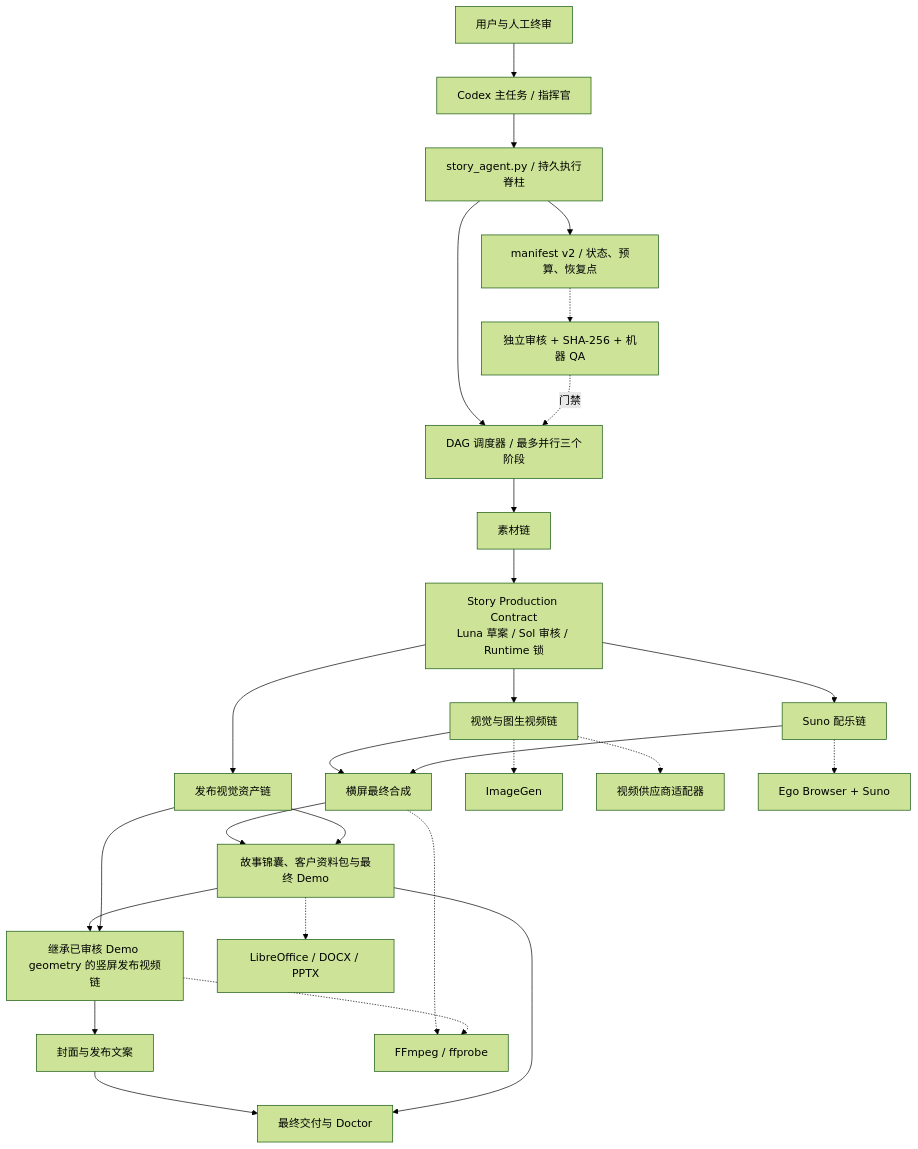
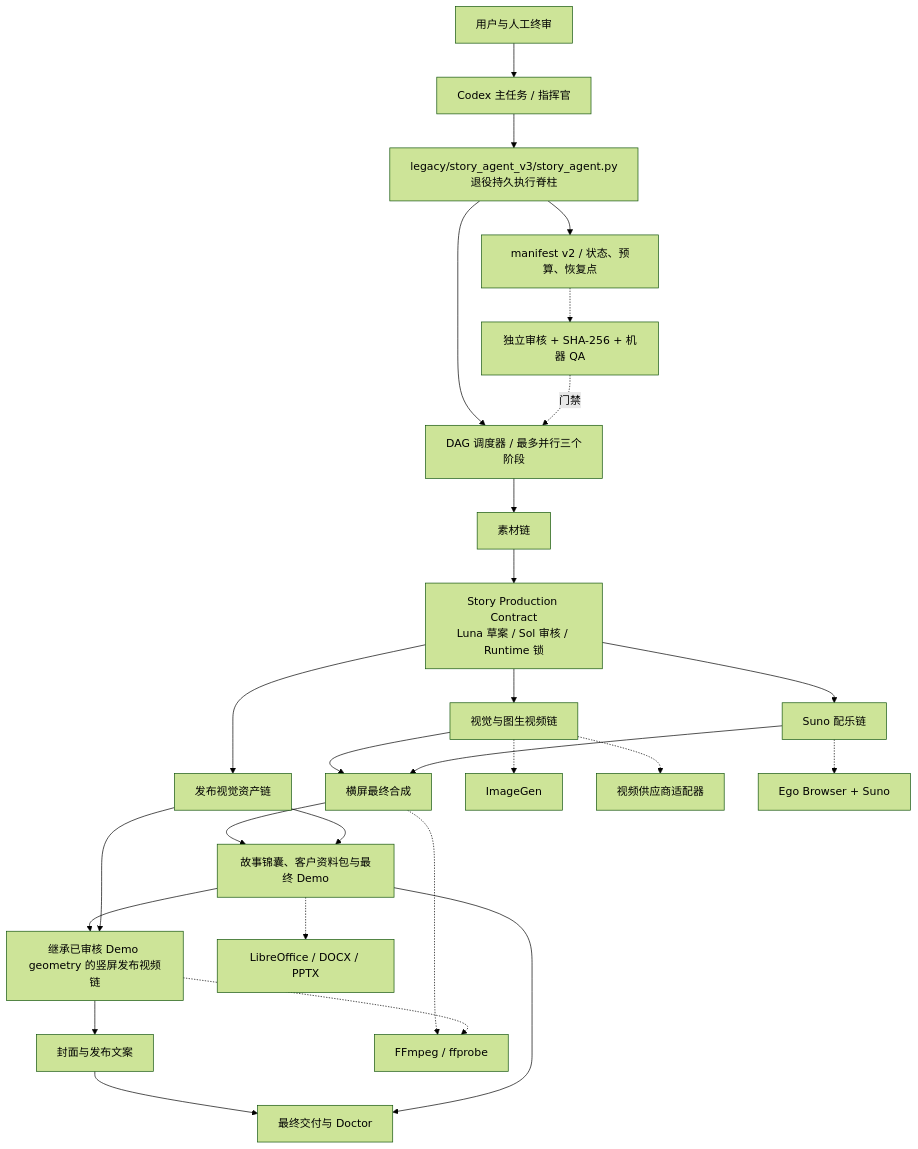
The diagram in docs/architecture/overall-architecture.md (LiuDaring1/story-agent-production-system), drawn with Mermaid (forest theme) before and after one commit. The commit also changed other lines of this file and 139 other files, not shown here.

````diff
--- a/docs/architecture/overall-architecture.md
+++ b/docs/architecture/overall-architecture.md
@@ -7,34 +9,34 @@
 ```mermaid
 flowchart TB
     U["用户与人工终审"] --> C["Codex 主任务 / 指挥官"]
-    C --> A["story_agent.py / 持久执行脊柱"]
+    C --> A["legacy/story_agent_v3/story_agent.py<br/>退役持久执行脊柱"]
     A --> M["manifest v2 / 状态、预算、恢复点"]
     A --> D["DAG 调度器 / 最多并行三个阶段"]
 
     D --> S["素材链"]
     S --> CT["Story Production Contract<br/>Luna 草案 / Sol 审核 / Runtime 锁"]
     CT --> V["视觉与图生视频链"]
     CT --> MU["Suno 配乐链"]
     CT --> RA["发布视觉资产链"]
 
     V --> AS["横屏最终合成"]
     MU --> AS
     AS --> PROD["故事锦囊、客户资料包与最终 Demo"]
     RA --> PROD
     PROD --> R["继承已审核 Demo geometry 的竖屏发布视频链"]
     RA --> R
 
     R --> PUB["封面与发布文案"]
     PUB --> FINAL["最终交付与 Doctor"]
     PROD --> FINAL
 
     V -.-> IMG["ImageGen"]
     V -.-> VIDEO["视频供应商适配器"]
     MU -.-> SUNO["Ego Browser + Suno"]
     AS -.-> FFMPEG["FFmpeg / ffprobe"]
     R -.-> FFMPEG
     PROD -.-> OFFICE["LibreOffice / DOCX / PPTX"]
 
     M -.-> QA["独立审核 + SHA-256 + 机器 QA"]
     QA -.门禁.-> D
 ```
````
